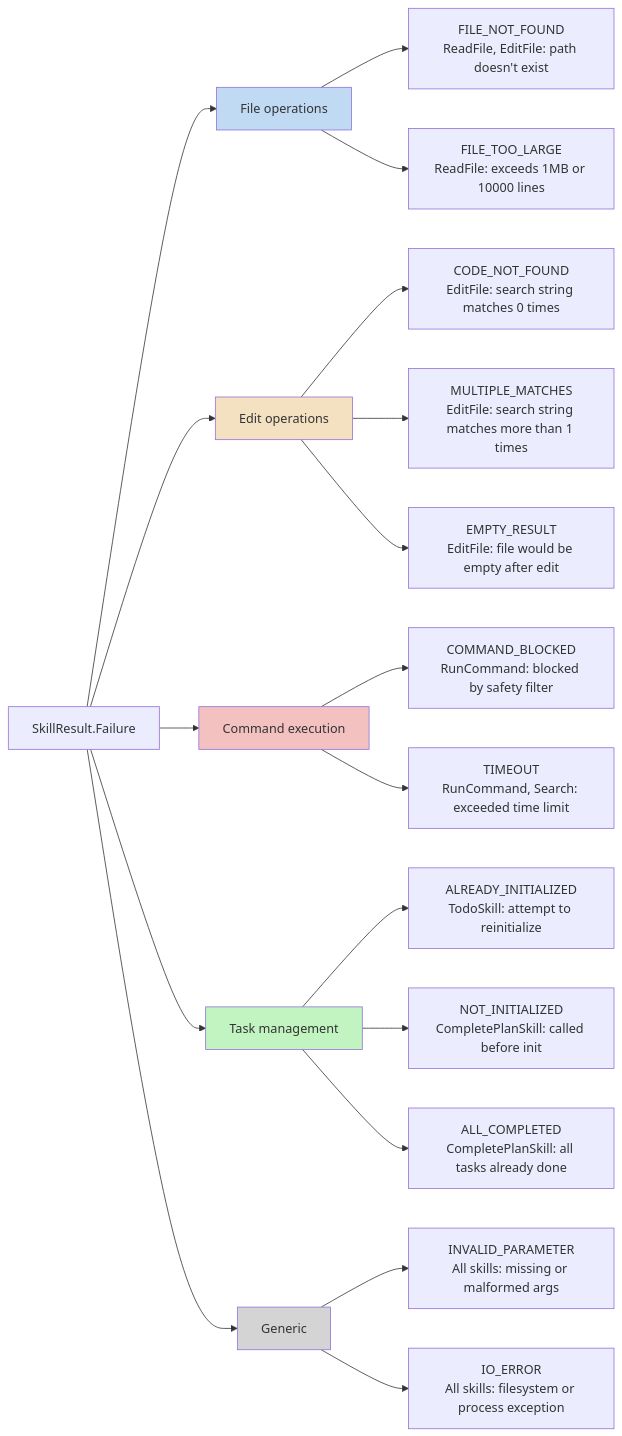
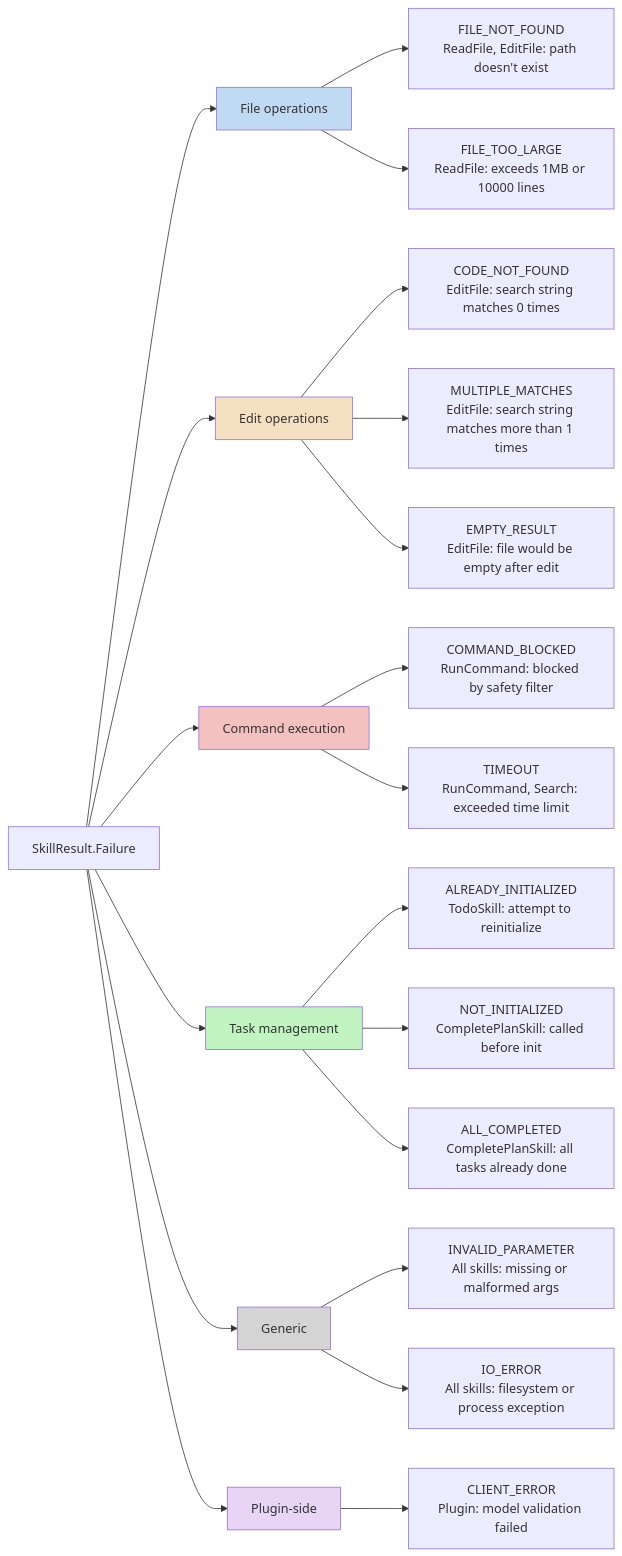
One commit to lg841226/Gradum changed diagram 21 of 27 in docs/ARCHITECTURE.md. Above: the diagram before and after it, drawn with Mermaid. The commit also changed other lines of this file and 39 other files, not shown here.

````diff
--- a/docs/ARCHITECTURE.md
+++ b/docs/ARCHITECTURE.md
@@ -1223,25 +1224,28 @@
 ```mermaid
 flowchart LR
     ALL[SkillResult.Failure] --> G1[File operations]
     ALL --> G2[Edit operations]
     ALL --> G3[Command execution]
     ALL --> G4[Task management]
     ALL --> G5[Generic]
+    ALL --> G6[Plugin-side]
     G1 --> F1["FILE_NOT_FOUND<br/>ReadFile, EditFile: path doesn't exist"]
     G1 --> F2["FILE_TOO_LARGE<br/>ReadFile: exceeds 1MB or 10000 lines"]
     G2 --> F3["CODE_NOT_FOUND<br/>EditFile: search string matches 0 times"]
     G2 --> F4["MULTIPLE_MATCHES<br/>EditFile: search string matches more than 1 times"]
     G2 --> F5["EMPTY_RESULT<br/>EditFile: file would be empty after edit"]
     G3 --> F6["COMMAND_BLOCKED<br/>RunCommand: blocked by safety filter"]
     G3 --> F7["TIMEOUT<br/>RunCommand, Search: exceeded time limit"]
     G4 --> F8["ALREADY_INITIALIZED<br/>TodoSkill: attempt to reinitialize"]
     G4 --> F9["NOT_INITIALIZED<br/>CompletePlanSkill: called before init"]
     G4 --> F10["ALL_COMPLETED<br/>CompletePlanSkill: all tasks already done"]
     G5 --> F11["INVALID_PARAMETER<br/>All skills: missing or malformed args"]
     G5 --> F12["IO_ERROR<br/>All skills: filesystem or process exception"]
+    G6 --> F13["CLIENT_ERROR<br/>Plugin: model validation failed"]
     style G1 fill: #c1daf4
     style G2 fill: #f4e1c1
     style G3 fill: #f4c1c1
     style G4 fill: #c1f4c1
     style G5 fill: #d4d4d4
+    style G6 fill: #e8d4f4
 ```
````
